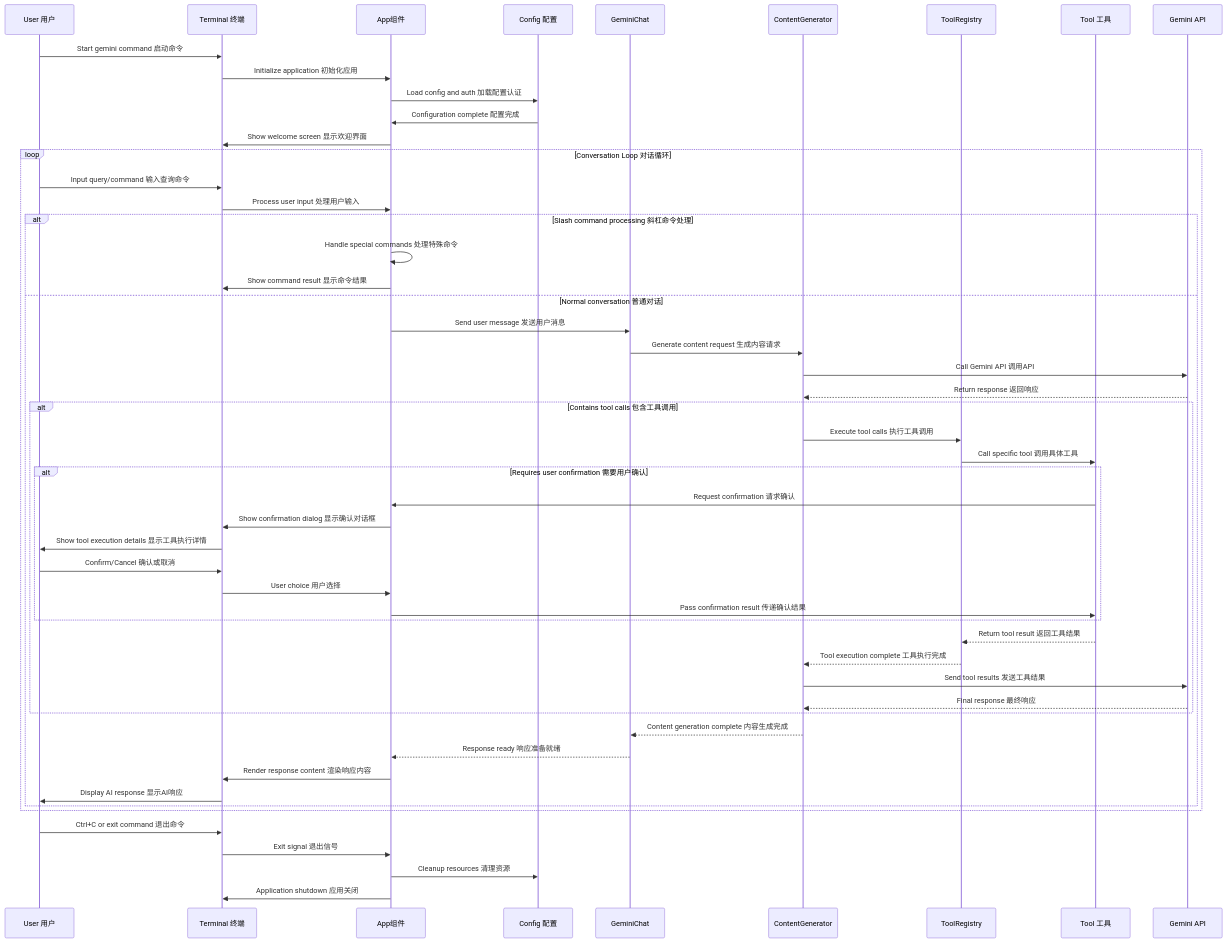
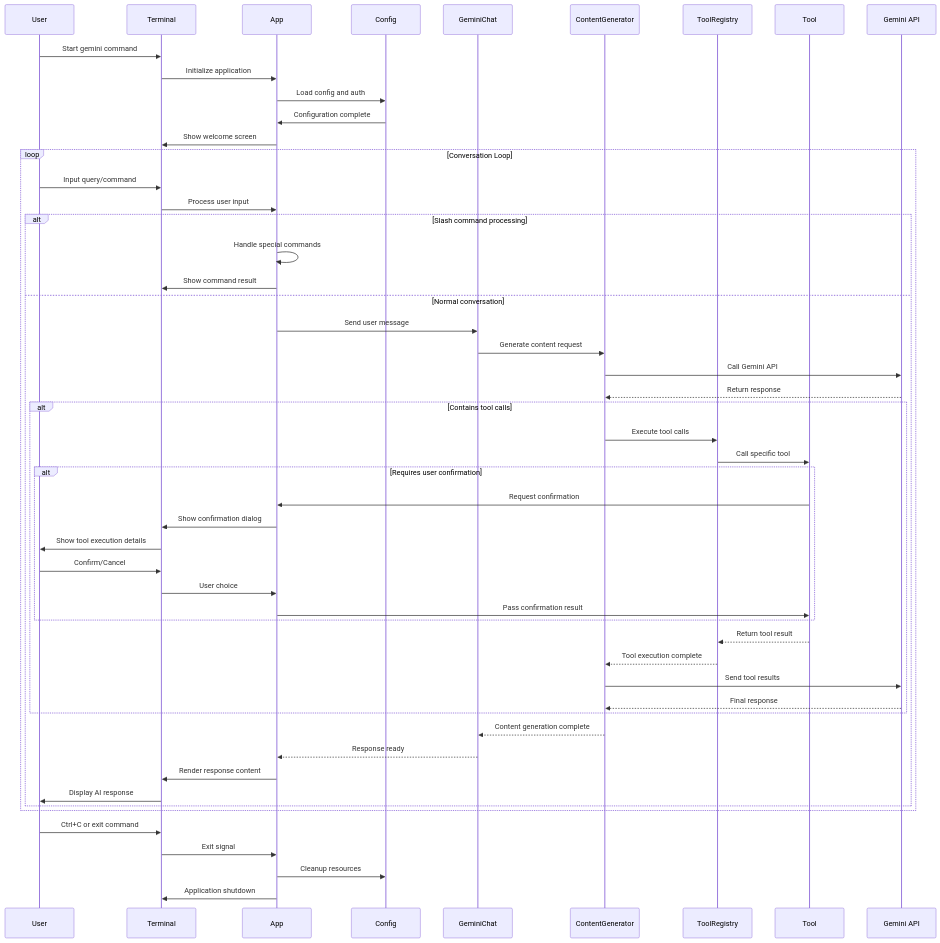
One commit to zhuangbiaowei/vitepress-ospo-writing-project changed the first of 6 diagrams in docs/articles/gemini-cli-user-interaction-sequence.md. Above: the diagram before and after it, drawn with Mermaid. The commit also changed other lines of this file and 113 other files, not shown here.

````diff
--- a/docs/articles/gemini-cli-user-interaction-sequence.md
+++ b/docs/articles/gemini-cli-user-interaction-sequence.md
@@ -5,62 +5,62 @@
 ```mermaid
 sequenceDiagram
-    participant User as User 用户
-    participant Terminal as Terminal 终端
-    participant App as App组件
-    participant Config as Config 配置
+    participant User as User
+    participant Terminal as Terminal
+    participant App as App
+    participant Config as Config
     participant Chat as GeminiChat
     participant ContentGen as ContentGenerator
     participant ToolReg as ToolRegistry
-    participant Tool as Tool 工具
+    participant Tool as Tool
     participant GeminiAPI as Gemini API
 
-    User->>Terminal: Start gemini command 启动命令
-    Terminal->>App: Initialize application 初始化应用
-    App->>Config: Load config and auth 加载配置认证
-    Config->>App: Configuration complete 配置完成
-    App->>Terminal: Show welcome screen 显示欢迎界面
+    User->>Terminal: Start gemini command
+    Terminal->>App: Initialize application
+    App->>Config: Load config and auth
+    Config->>App: Configuration complete
+    App->>Terminal: Show welcome screen
 
-    loop Conversation Loop 对话循环
-        User->>Terminal: Input query/command 输入查询命令
-        Terminal->>App: Process user input 处理用户输入
+    loop Conversation Loop
+        User->>Terminal: Input query/command
+        Terminal->>App: Process user input
         
-        alt Slash command processing 斜杠命令处理
-            App->>App: Handle special commands 处理特殊命令
-            App->>Terminal: Show command result 显示命令结果
-        else Normal conversation 普通对话
-            App->>Chat: Send user message 发送用户消息
-            Chat->>ContentGen: Generate content request 生成内容请求
-            ContentGen->>GeminiAPI: Call Gemini API 调用API
-            GeminiAPI-->>ContentGen: Return response 返回响应
+        alt Slash command processing
+            App->>App: Handle special commands
+            App->>Terminal: Show command result
+        else Normal conversation
+            App->>Chat: Send user message
+            Chat->>ContentGen: Generate content request
+            ContentGen->>GeminiAPI: Call Gemini API
+            GeminiAPI-->>ContentGen: Return response
             
-            alt Contains tool calls 包含工具调用
-                ContentGen->>ToolReg: Execute tool calls 执行工具调用
-                ToolReg->>Tool: Call specific tool 调用具体工具
+            alt Contains tool calls
+                ContentGen->>ToolReg: Execute tool calls
+                ToolReg->>Tool: Call specific tool
                 
-                alt Requires user confirmation 需要用户确认
-                    Tool->>App: Request confirmation 请求确认
-                    App->>Terminal: Show confirmation dialog 显示确认对话框
-                    Terminal->>User: Show tool execution details 显示工具执行详情
-                    User->>Terminal: Confirm/Cancel 确认或取消
-                    Terminal->>App: User choice 用户选择
-                    App->>Tool: Pass confirmation result 传递确认结果
+                alt Requires user confirmation
+                    Tool->>App: Request confirmation
+                    App->>Terminal: Show confirmation dialog
+                    Terminal->>User: Show tool execution details
+                    User->>Terminal: Confirm/Cancel
+                    Terminal->>App: User choice
+                    App->>Tool: Pass confirmation result
                 end
                 
-                Tool-->>ToolReg: Return tool result 返回工具结果
-                ToolReg-->>ContentGen: Tool execution complete 工具执行完成
-                ContentGen->>GeminiAPI: Send tool results 发送工具结果
-                GeminiAPI-->>ContentGen: Final response 最终响应
+                Tool-->>ToolReg: Return tool result
+                ToolReg-->>ContentGen: Tool execution complete
+                ContentGen->>GeminiAPI: Send tool results
+                GeminiAPI-->>ContentGen: Final response
             end
             
-            ContentGen-->>Chat: Content generation complete 内容生成完成
-            Chat-->>App: Response ready 响应准备就绪
-            App->>Terminal: Render response content 渲染响应内容
-            Terminal->>User: Display AI response 显示AI响应
+            ContentGen-->>Chat: Content generation complete
+            Chat-->>App: Response ready
+            App->>Terminal: Render response content
+            Terminal->>User: Display AI response
         end
     end
 
-    User->>Terminal: Ctrl+C or exit command 退出命令
-    Terminal->>App: Exit signal 退出信号
-    App->>Config: Cleanup resources 清理资源
-    App->>Terminal: Application shutdown 应用关闭
+    User->>Terminal: Ctrl+C or exit command
+    Terminal->>App: Exit signal
+    App->>Config: Cleanup resources
+    App->>Terminal: Application shutdown
 ```
````
